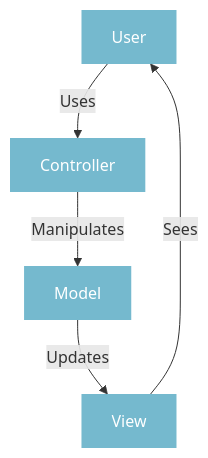
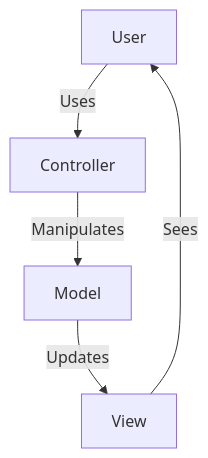
The first of 9 diagrams in _pages/coding/structuring-your-model.md (JerBouma/jerbouma.github.io), drawn with Mermaid before and after one commit. The commit also changed other lines of this file and 90 other files, not shown here.

```diff
--- a/_pages/coding/structuring-your-model.md
+++ b/_pages/coding/structuring-your-model.md
@@ -33,8 +24,7 @@
 <div class="mermaid">
 flowchart TB;
-classDef boxfont fill:#3b9cba,stroke-width:0px,fill-opacity:0.7,color:white,radius:20px;
-Step0["User"] -- Uses --> Step1["Controller"]:::boxfont
-Step1["Controller"] -- Manipulates --> Step2["Model"]:::boxfont
-Step2["Model"] -- Updates --> Step3["View"]:::boxfont
-Step3["View"] -- Sees --> Step0["User"]:::boxfont
+Step0["User"] -- Uses --> Step1["Controller"]
+Step1["Controller"] -- Manipulates --> Step2["Model"]
+Step2["Model"] -- Updates --> Step3["View"]
+Step3["View"] -- Sees --> Step0["User"]
 </div>
```
